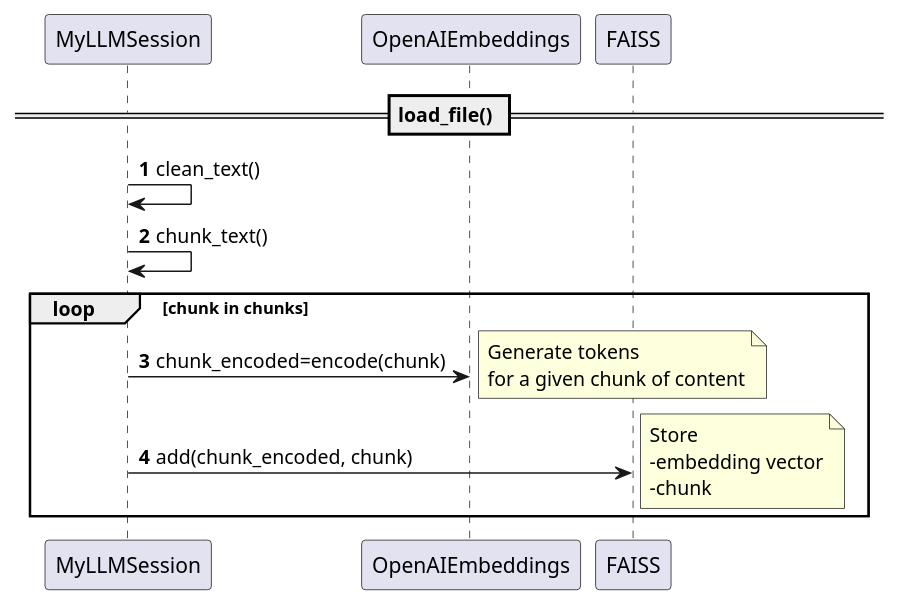
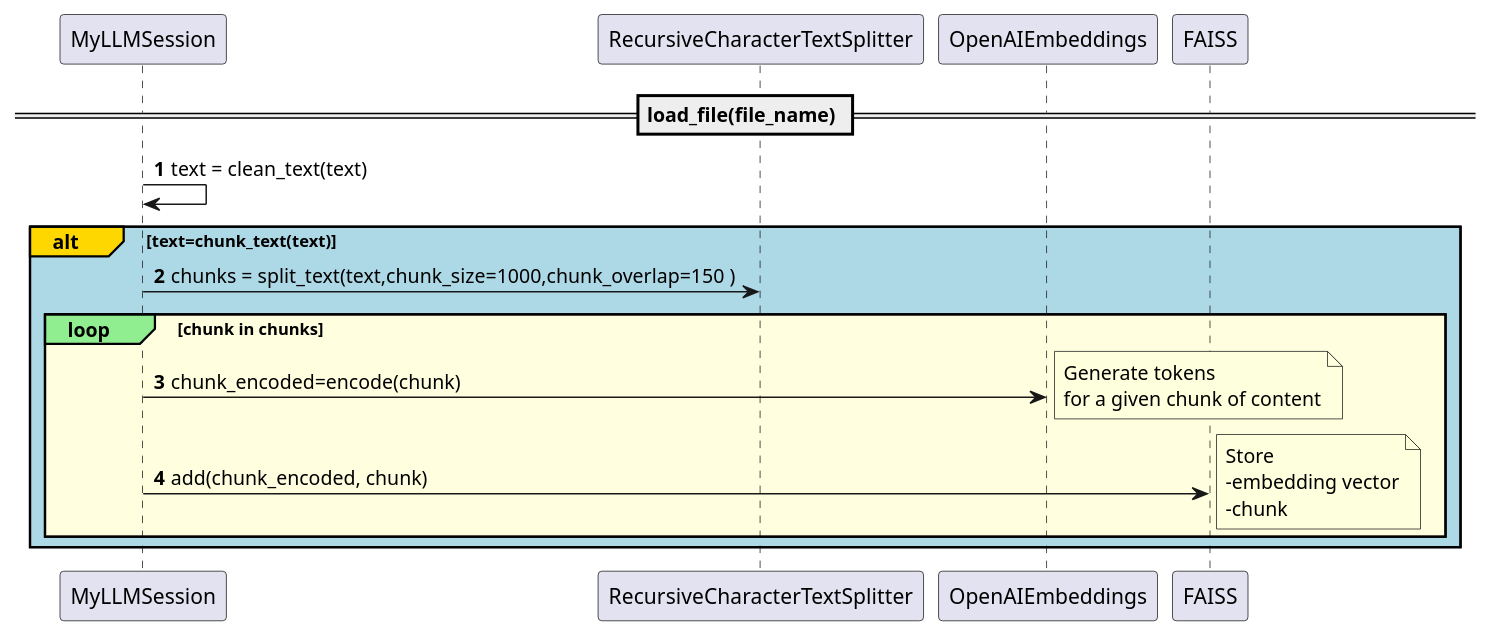
The diagram in RAG0/img/embedding-flow.puml (ozdemirht/generative-ai), drawn with PlantUML before and after one commit. The commit also changed 2 other files, not shown here.

```diff
--- a/RAG0/img/embedding-flow.puml
+++ b/RAG0/img/embedding-flow.puml
@@ -1,27 +1,30 @@
 @startuml
 'https://plantuml.com/sequence-diagram
 
 autonumber
 
-== load_file() ==
+== load_file(file_name) ==
 
-MyLLMSession -> MyLLMSession: clean_text()
-MyLLMSession -> MyLLMSession: chunk_text()
+MyLLMSession -> MyLLMSession: text = clean_text(text)
 
-loop chunk in chunks
+alt#Gold #LightBlue text=chunk_text(text)
+MyLLMSession -> RecursiveCharacterTextSplitter: chunks = split_text(text,chunk_size=1000,chunk_overlap=150 )
+
+loop#LightGreen #LightYellow chunk in chunks
 MyLLMSession -> OpenAIEmbeddings: chunk_encoded=encode(chunk)
 note right
 Generate tokens
 for a given chunk of content
 end note
 
 MyLLMSession -> FAISS : add(chunk_encoded, chunk)
 note right
 Store
 -embedding vector
 -chunk
 end note
+end
 
 end
 
 @enduml
```
